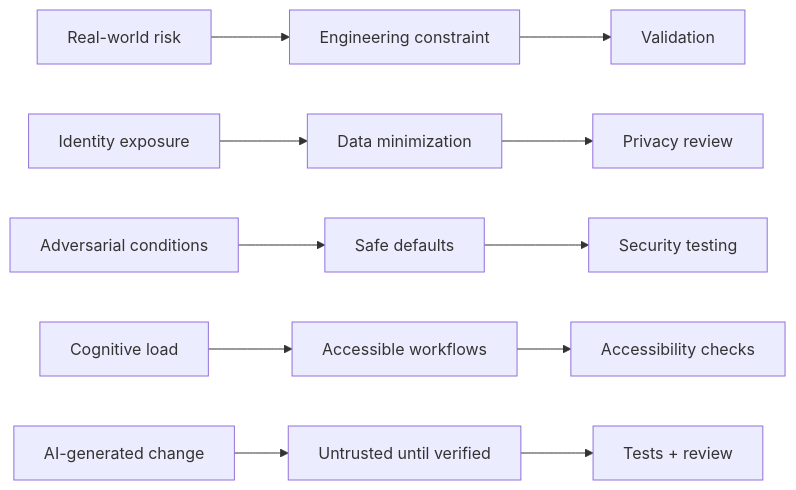
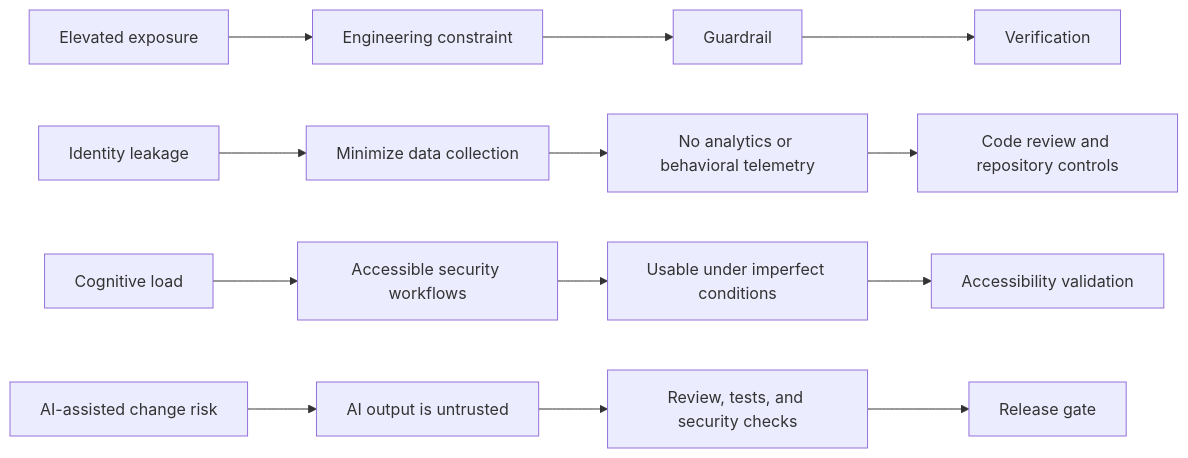
The diagram in README.md (mazze93/Secure-Pride), drawn with Mermaid before and after one commit. The commit also changed other lines of this file, not shown here.

````diff
--- a/README.md
+++ b/README.md
@@ -48,17 +48,18 @@
 ```mermaid
 flowchart LR
-    R[Real-world risk] --> C[Engineering constraint]
-    C --> V[Validation]
+    R[Elevated exposure] --> C[Engineering constraint]
+    C --> G[Guardrail]
+    G --> V[Verification]
 
-    R1[Identity exposure] --> C1[Data minimization]
-    C1 --> V1[Privacy review]
+    R1[Identity leakage] --> C1[Minimize data collection]
+    C1 --> G1[No analytics or behavioral telemetry]
+    G1 --> V1[Code review and repository controls]
 
-    R2[Adversarial conditions] --> C2[Safe defaults]
-    C2 --> V2[Security testing]
+    R2[Cognitive load] --> C2[Accessible security workflows]
+    C2 --> G2[Usable under imperfect conditions]
+    G2 --> V2[Accessibility validation]
 
-    R3[Cognitive load] --> C3[Accessible workflows]
-    C3 --> V3[Accessibility checks]
-
-    R4[AI-generated change] --> C4[Untrusted until verified]
-    C4 --> V4[Tests + review]
+    R3[AI-assisted change risk] --> C3[AI output is untrusted]
+    C3 --> G3[Review, tests, and security checks]
+    G3 --> V3[Release gate]
 ```
````
